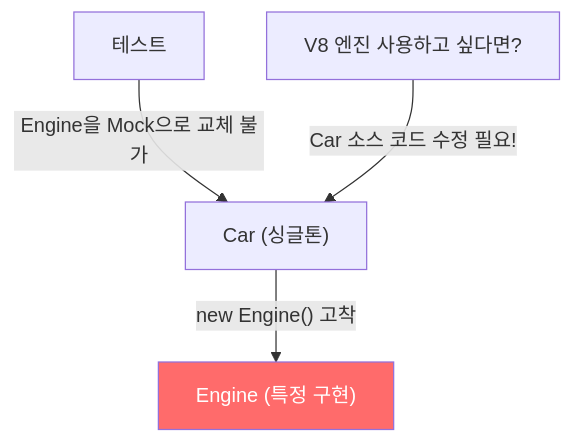
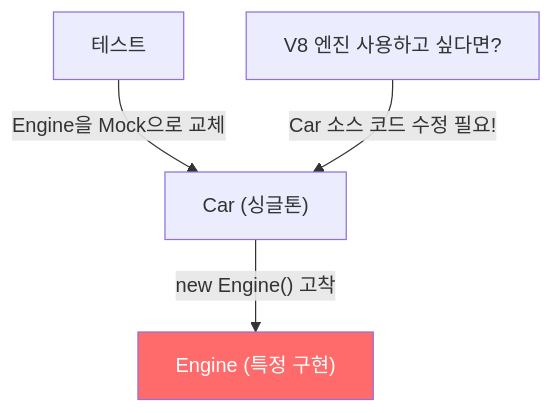
One commit to yjkim2015/yjkim2015.github.io changed the first of 3 diagrams in _posts/java/2021-12-19-effective-java5.md. Above: the diagram before and after it, drawn with Mermaid. The commit also changed other lines of this file and 271 other files, not shown here.

First line of the commit message:
Mermaid 라벨 축소: 긴 노드 텍스트 18자 이하로 트림 + \n 제거

````diff
--- a/_posts/java/2021-12-19-effective-java5.md
+++ b/_posts/java/2021-12-19-effective-java5.md
@@ -34,7 +34,7 @@
 ```mermaid
 graph TD
     A["Car (싱글톤)"] -->|"new Engine() 고착"| B["Engine (특정 구현)"]
-    C["테스트"] -->|"Engine을 Mock으로 교체 불가"| A
+    C["테스트"] -->|"Engine을 Mock으로 교체"| A
     D["V8 엔진 사용하고 싶다면?"] -->|"Car 소스 코드 수정 필요!"| A
     style B fill:#ff6b6b,color:#fff
 ```
````
